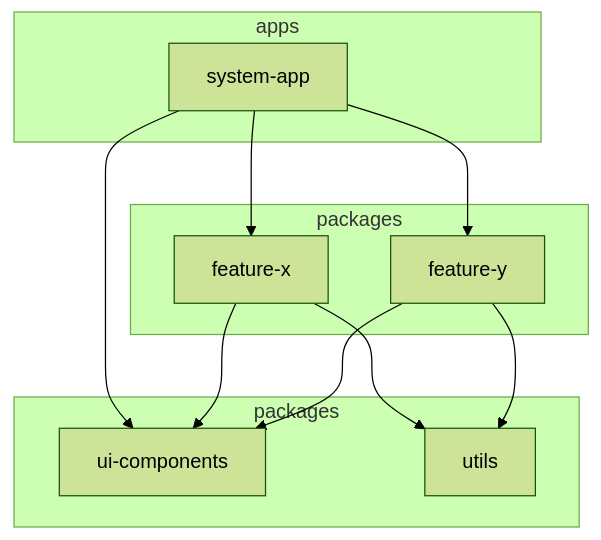
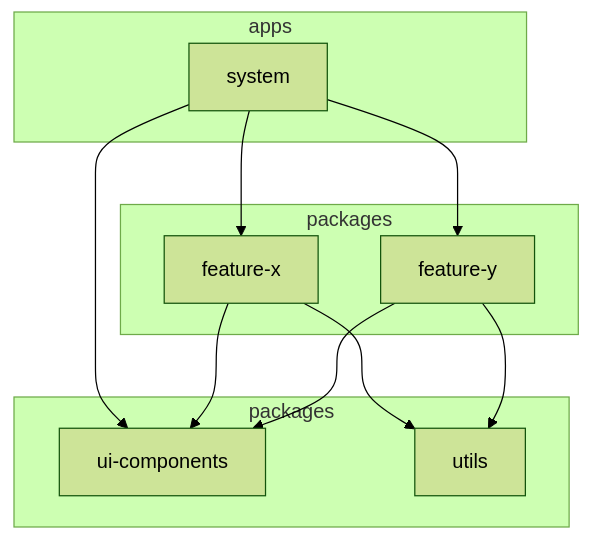
The diagram in README.md (Broock00/monorepo), drawn with Mermaid (forest theme) before and after one commit. The commit also changed other lines of this file and 3 other files, not shown here.

````diff
--- a/README.md
+++ b/README.md
@@ -53,21 +53,21 @@
 ```mermaid
 flowchart TB
   subgraph apps [apps]
-    SA[system-app]
+    SA[system]
   end
   subgraph features [packages]
     FX[feature-x]
     FY[feature-y]
   end
   subgraph shared [packages]
     UI[ui-components]
     U[utils]
   end
   SA --> FX
   SA --> FY
   SA --> UI
   FX --> UI
   FX --> U
   FY --> UI
   FY --> U
 ```
````
